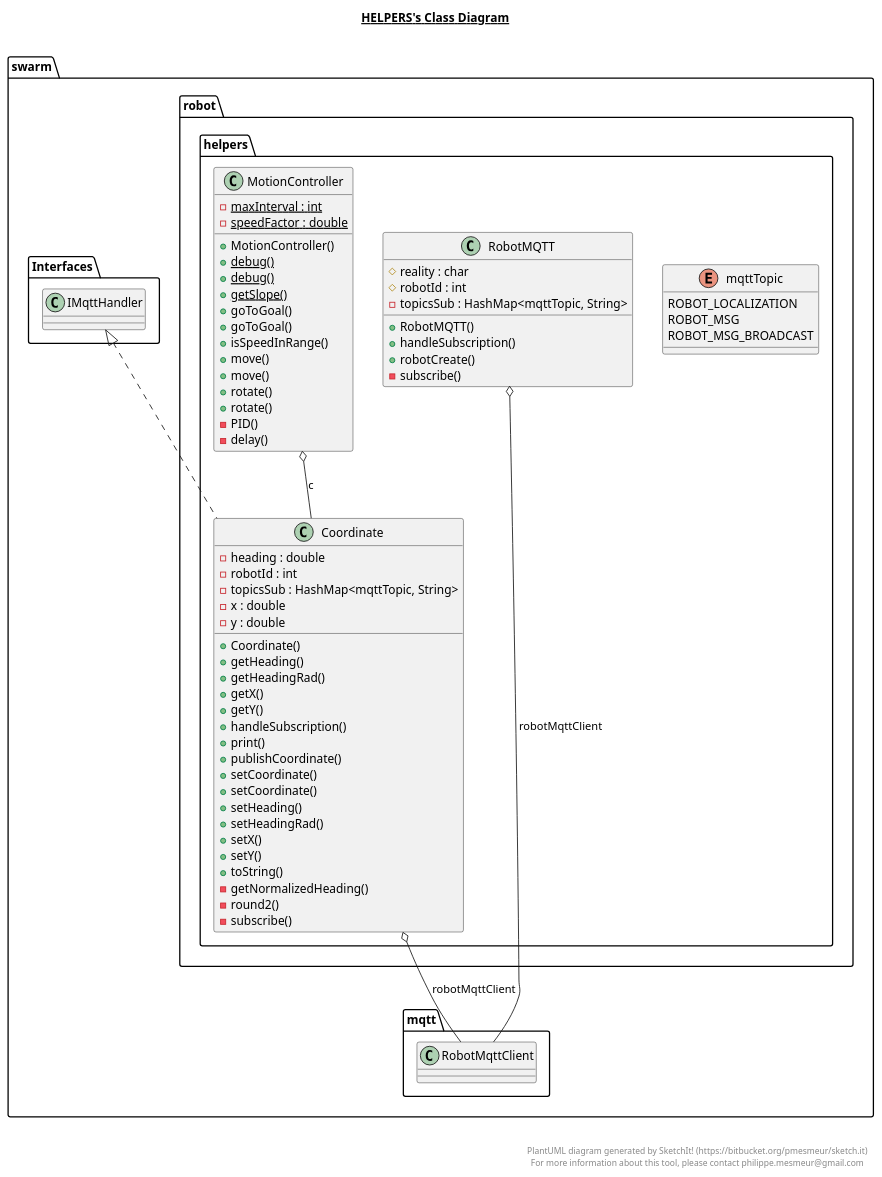
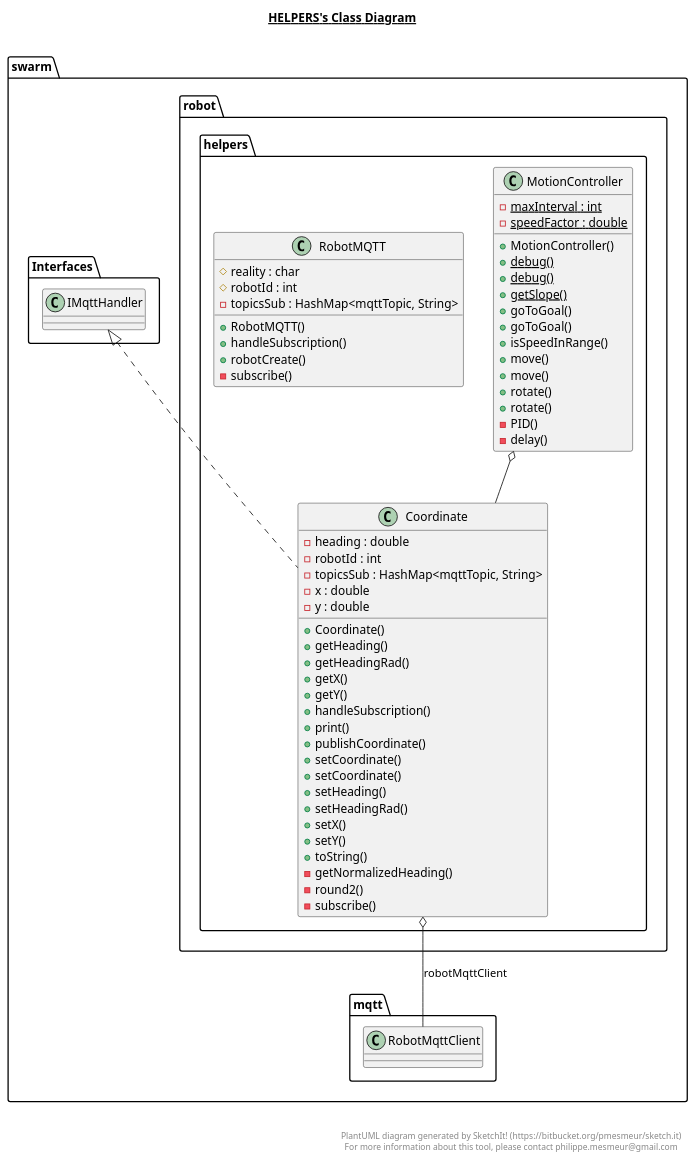
Before and after one commit to dhmudalige/robot-library-java: the diagram in src/main/java/swarm/robot/helpers/helpers.plantuml, drawn with PlantUML. The commit also changed 7 other files, not shown here.

```diff
--- a/src/main/java/swarm/robot/helpers/helpers.plantuml
+++ b/src/main/java/swarm/robot/helpers/helpers.plantuml
@@ -1,118 +1,71 @@
 @startuml
 
 title __HELPERS's Class Diagram__\n
 
-  namespace swarm {
-    namespace robot {
-      namespace helpers {
         class swarm.robot.helpers.Coordinate {
             - heading : double
             - robotId : int
             - topicsSub : HashMap<mqttTopic, String>
             - x : double
             - y : double
             + Coordinate()
             + getHeading()
             + getHeadingRad()
             + getX()
             + getY()
             + handleSubscription()
             + print()
             + publishCoordinate()
             + setCoordinate()
             + setCoordinate()
             + setHeading()
             + setHeadingRad()
             + setX()
             + setY()
             + toString()
             - getNormalizedHeading()
             - round2()
             - subscribe()
         }
-      }
-    }
-  }
-  
 
-  namespace swarm {
-    namespace robot {
-      namespace helpers {
-        enum mqttTopic {
-          ROBOT_LOCALIZATION
-        }
-      }
-    }
-  }
-  
-
-  namespace swarm {
-    namespace robot {
-      namespace helpers {
         class swarm.robot.helpers.MotionController {
             {static} - maxInterval : int
             {static} - speedFactor : double
             + MotionController()
             {static} + debug()
             {static} + debug()
             {static} + getSlope()
             + goToGoal()
             + goToGoal()
             + isSpeedInRange()
             + move()
             + move()
             + rotate()
             + rotate()
             - PID()
             - delay()
         }
-      }
-    }
-  }
-  
 
-  namespace swarm {
-    namespace robot {
-      namespace helpers {
         class swarm.robot.helpers.RobotMQTT {
             # reality : char
             # robotId : int
             - topicsSub : HashMap<mqttTopic, String>
             + RobotMQTT()
             + handleSubscription()
             + robotCreate()
             - subscribe()
         }
-      }
-    }
-  }
-  
-
-  namespace swarm {
-    namespace robot {
-      namespace helpers {
-        enum mqttTopic {
-          ROBOT_MSG
-          ROBOT_MSG_BROADCAST
-        }
-      }
-    }
-  }
-  
 
   swarm.robot.helpers.Coordinate .up.|> swarm.Interfaces.IMqttHandler
   swarm.robot.helpers.Coordinate o-- swarm.mqtt.RobotMqttClient : robotMqttClient
-  swarm.robot.helpers.Coordinate +-down- swarm.robot.helpers.Coordinate.mqttTopic
-  swarm.robot.helpers.MotionController o-- swarm.robot.helpers.Coordinate : c
-  swarm.robot.helpers.RobotMQTT o-- swarm.mqtt.RobotMqttClient : robotMqttClient
-  swarm.robot.helpers.RobotMQTT +-down- swarm.robot.helpers.RobotMQTT.mqttTopic
+  swarm.robot.helpers.MotionController o-- swarm.robot.helpers.Coordinate
 
 
 right footer
 
 
 PlantUML diagram generated by SketchIt! (https://bitbucket.org/pmesmeur/sketch.it)
 For more information about this tool, please contact philippe.mesmeur@gmail.com
 endfooter
 
 @enduml
```
